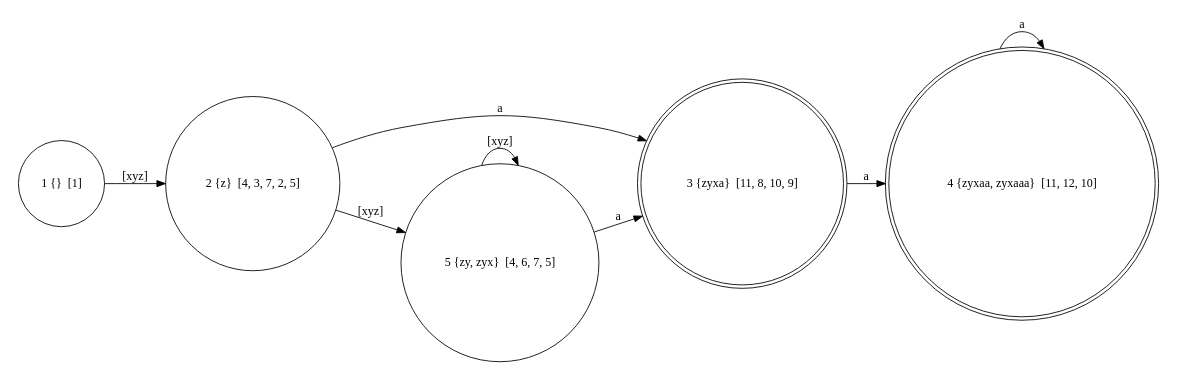
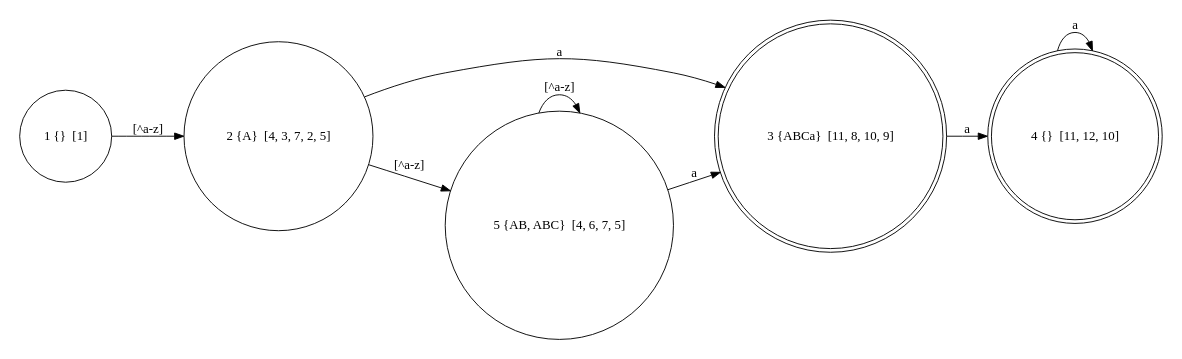
Before and after one commit to leegao/LuaInLua: the diagram in testing/test.dot, drawn with Graphviz. The commit also changed 2 other files, not shown here.

```diff
--- a/testing/test.dot
+++ b/testing/test.dot
@@ -1,18 +1,18 @@
 digraph {
   rankdir=LR;
   size="8,5"
   node[shape=doublecircle,label=""]; 3 4;
   node[shape=circle,label=""];
-  4[label="4 {zyxaa, zyxaaa}  [11, 12, 10]"];
+  4[label="4 {}  [11, 12, 10]"];
   1[label="1 {}  [1]"];
-  5[label="5 {zy, zyx}  [4, 6, 7, 5]"];
-  2[label="2 {z}  [4, 3, 7, 2, 5]"];
-  3[label="3 {zyxa}  [11, 8, 10, 9]"];
+  5[label="5 {AB, ABC}  [4, 6, 7, 5]"];
+  2[label="2 {A}  [4, 3, 7, 2, 5]"];
+  3[label="3 {ABCa}  [11, 8, 10, 9]"];
   4 -> 4[label="a"];
-  1 -> 2[label="[xyz]"];
+  1 -> 2[label="[^a-z]"];
   5 -> 3[label="a"];
-  5 -> 5[label="[xyz]"];
+  5 -> 5[label="[^a-z]"];
   2 -> 3[label="a"];
-  2 -> 5[label="[xyz]"];
+  2 -> 5[label="[^a-z]"];
   3 -> 4[label="a"];
 }
```
